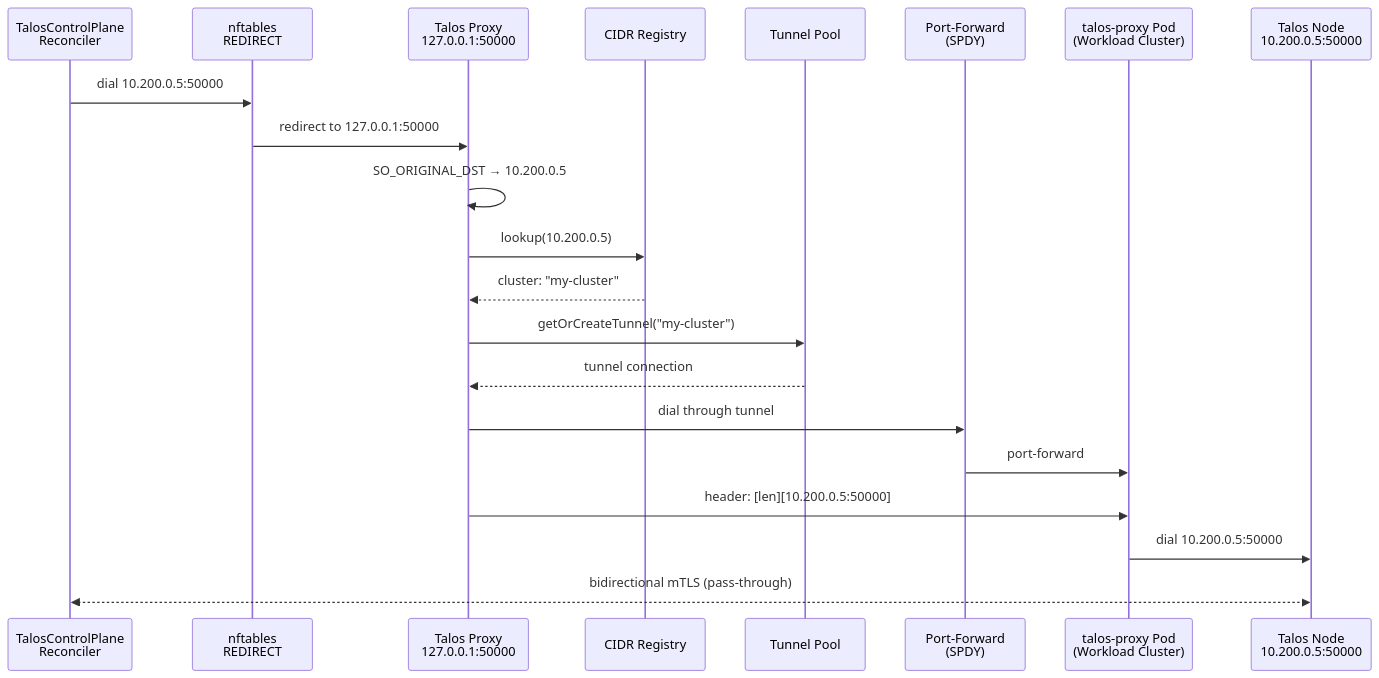
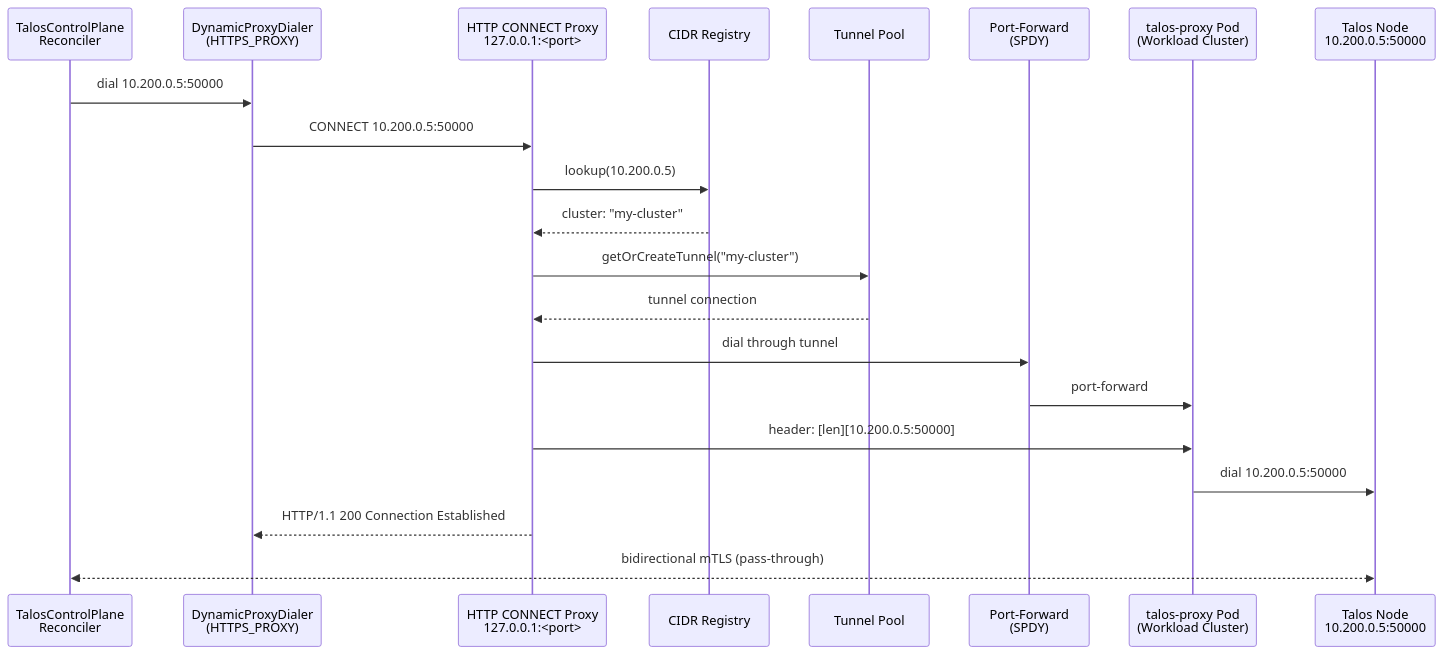
One commit to kommodity-io/kommodity changed the diagram in pkg/talosproxy/README.md. Above: the diagram before and after it, drawn with Mermaid. The commit also changed other lines of this file and 27 other files, not shown here.

Commit message:
feat(talosproxy): no iptables, use HTTPS_PROXY

````diff
--- a/pkg/talosproxy/README.md
+++ b/pkg/talosproxy/README.md
@@ -7,24 +9,24 @@
 ```mermaid
 sequenceDiagram
     participant R as TalosControlPlane<br/>Reconciler
-    participant N as nftables<br/>REDIRECT
-    participant P as Talos Proxy<br/>127.0.0.1:50000
+    participant D as DynamicProxyDialer<br/>(HTTPS_PROXY)
+    participant P as HTTP CONNECT Proxy<br/>127.0.0.1:<port>
     participant CR as CIDR Registry
     participant T as Tunnel Pool
     participant PF as Port-Forward<br/>(SPDY)
     participant TP as talos-proxy Pod<br/>(Workload Cluster)
     participant TN as Talos Node<br/>10.200.0.5:50000
 
-    R->>N: dial 10.200.0.5:50000
-    N->>P: redirect to 127.0.0.1:50000
-    P->>P: SO_ORIGINAL_DST → 10.200.0.5
+    R->>D: dial 10.200.0.5:50000
+    D->>P: CONNECT 10.200.0.5:50000
     P->>CR: lookup(10.200.0.5)
     CR-->>P: cluster: "my-cluster"
     P->>T: getOrCreateTunnel("my-cluster")
     T-->>P: tunnel connection
     P->>PF: dial through tunnel
     PF->>TP: port-forward
     P->>TP: header: [len][10.200.0.5:50000]
     TP->>TN: dial 10.200.0.5:50000
+    P-->>D: HTTP/1.1 200 Connection Established
     R<<-->>TN: bidirectional mTLS (pass-through)
 ```
````
